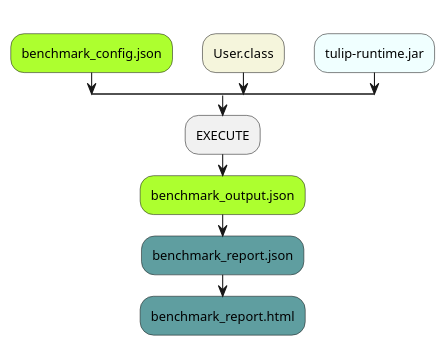
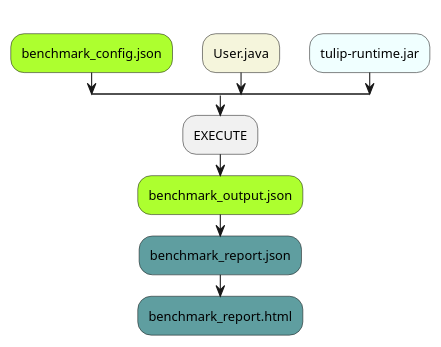
The first of 2 diagrams in modules/ROOT/pages/index.adoc (wfouche/Tulip-docs), drawn with PlantUML before and after one commit.

Commit message:
Renamed User.class to User.java

```diff
--- a/modules/ROOT/pages/index.adoc
+++ b/modules/ROOT/pages/index.adoc
@@ -43,19 +43,19 @@
 [plantuml,diag0,svg]
 ----
 @startuml
 split
    -[hidden]->
    #greenyellow:benchmark_config.json;
 split again
    -[hidden]->
-   #beige:User.class;
+   #beige:User.java;
 split again
    -[hidden]->
    #azure:tulip-runtime.jar;
 end split
 :EXECUTE;
 #greenyellow:benchmark_output.json;
 #cadetblue:benchmark_report.json;
 #cadetblue:benchmark_report.html;
 @enduml
 ----
```
